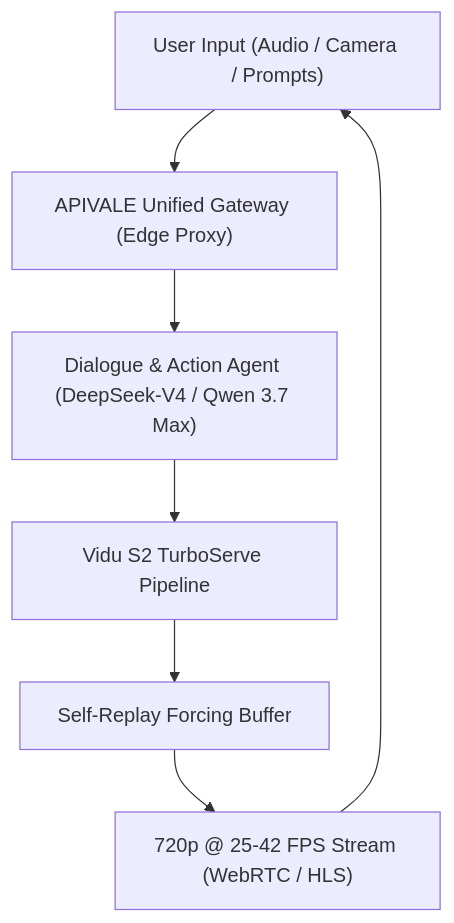
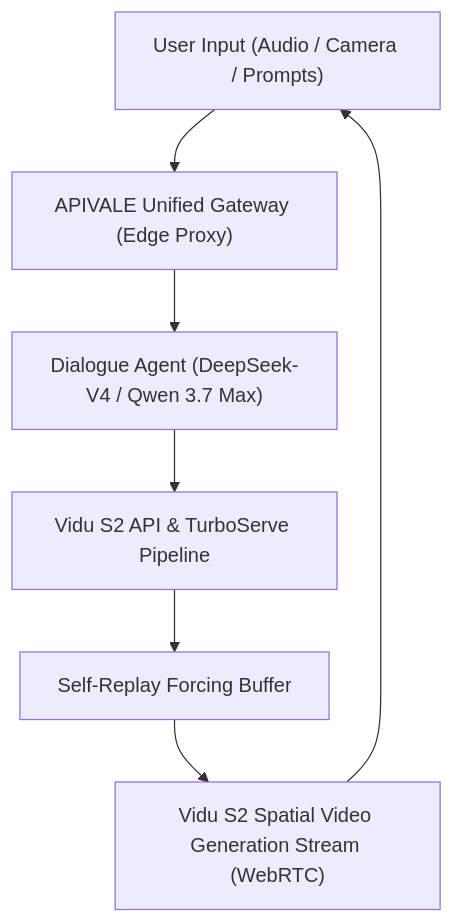
One commit to bshx2024/apivel_blog changed the diagram in src/content/blog/vidu-s2-architecture-api-guide.md. Above: the diagram before and after it, drawn with Mermaid. The commit also changed other lines of this file and 1 other file, not shown here.

````diff
--- a/src/content/blog/vidu-s2-architecture-api-guide.md
+++ b/src/content/blog/vidu-s2-architecture-api-guide.md
@@ -53,9 +47,9 @@
 ```mermaid
 graph TD
     Client["User Input (Audio / Camera / Prompts)"] --> Gateway["APIVALE Unified Gateway (Edge Proxy)"]
-    Gateway --> Orchestrator["Dialogue & Action Agent (DeepSeek-V4 / Qwen 3.7 Max)"]
-    Orchestrator --> ViduWorker["Vidu S2 TurboServe Pipeline"]
+    Gateway --> Orchestrator["Dialogue Agent (DeepSeek-V4 / Qwen 3.7 Max)"]
+    Orchestrator --> ViduWorker["Vidu S2 API & TurboServe Pipeline"]
     ViduWorker --> SRF["Self-Replay Forcing Buffer"]
-    SRF --> Renderer["720p @ 25-42 FPS Stream (WebRTC / HLS)"]
+    SRF --> Renderer["Vidu S2 Spatial Video Generation Stream (WebRTC)"]
     Renderer --> Client
 ```
````
